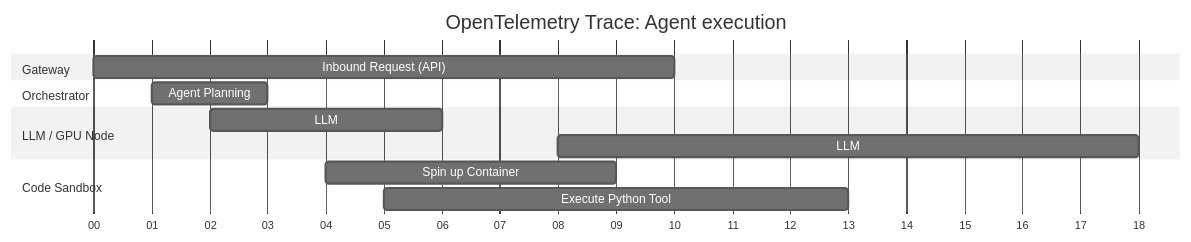
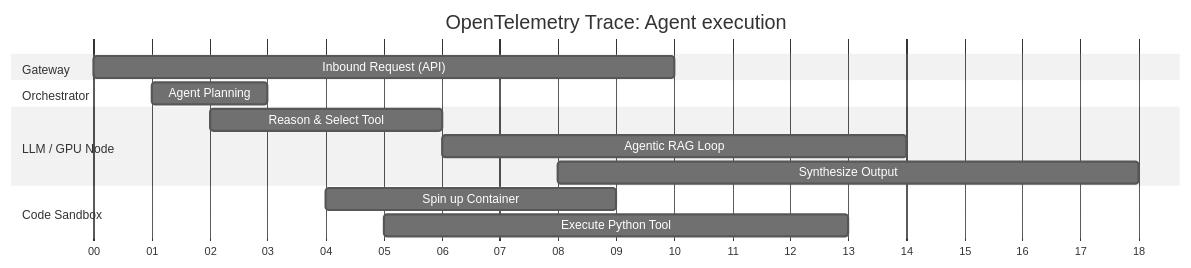
The seventh of 7 diagrams in authnz_obs.md (susmitpy/talks), drawn with Mermaid (neutral theme) before and after one commit. The commit also changed other lines of this file and 2 other files, not shown here.

````diff
--- a/authnz_obs.md
+++ b/authnz_obs.md
@@ -387,20 +389,21 @@
 ```mermaid
 gantt
     dateFormat  s
     axisFormat  %S
     title OpenTelemetry Trace: Agent execution
     
     section Gateway
     Inbound Request (API)        :a1, 0, 10s
     
     section Orchestrator
     Agent Planning               :a2, 1, 2s
-    
+
     section LLM / GPU Node
-    LLM: Reason & Select Tool    :a3, 2, 4s
-    LLM: Synthesize Output       :a6, 8, 10s
+    Reason & Select Tool    :a3, 2, 4s
+    Agentic RAG Loop           :a4, 6, 8s
+    Synthesize Output       :a6, 8, 10s
     
     section Code Sandbox
     Spin up Container            :a4, 4, 5s
     Execute Python Tool          :a5, 5, 8s
 ```
````
